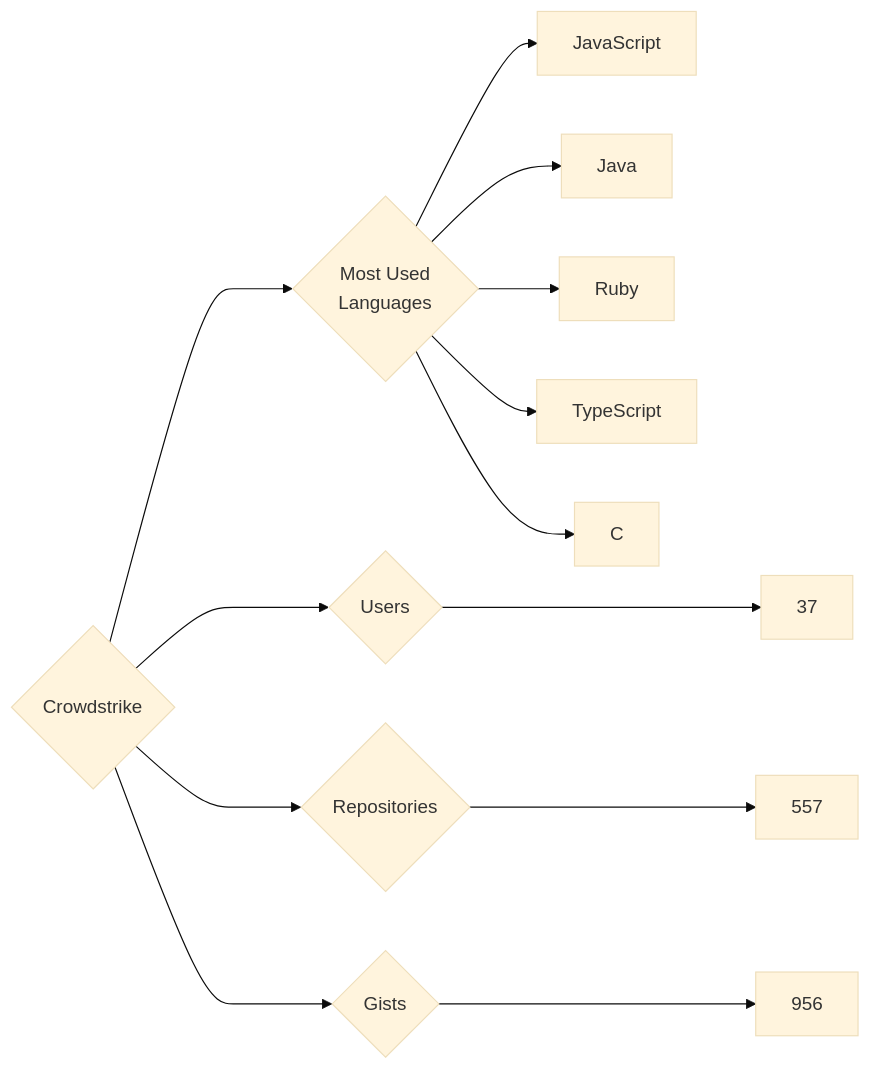
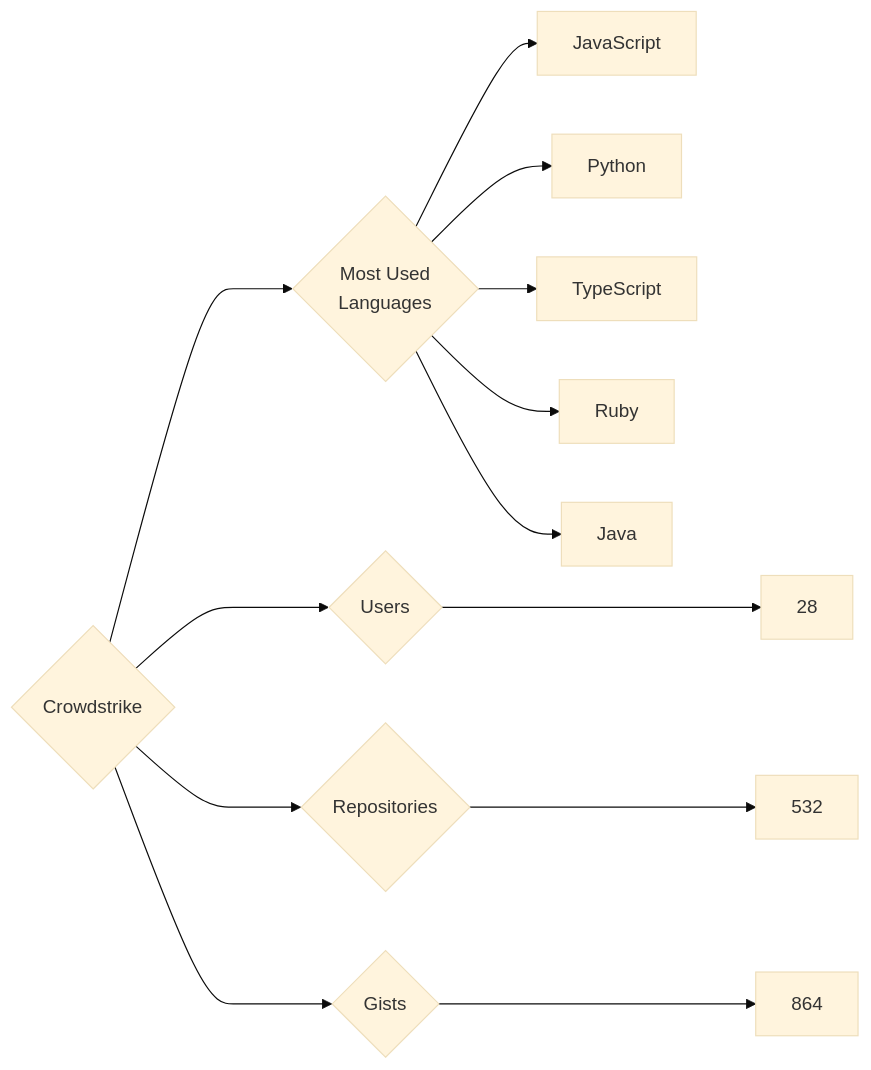
One commit to trickest/insiders changed the diagram in targets/Crowdstrike/README.md. Above: the diagram before and after it, drawn with Mermaid (base theme). The commit also changed 935 other files, not shown here.

````diff
--- a/targets/Crowdstrike/README.md
+++ b/targets/Crowdstrike/README.md
@@ -3,13 +3,13 @@
 ```mermaid
 graph LR
 COMPANY_NAME{Crowdstrike}
-COMPANY_NAME ---> U{Users} ---> UN[37]
-COMPANY_NAME ---> R{Repositories} ---> RN[557]
-COMPANY_NAME ---> G{Gists} ---> GN[956]
+COMPANY_NAME ---> U{Users} ---> UN[28]
+COMPANY_NAME ---> R{Repositories} ---> RN[532]
+COMPANY_NAME ---> G{Gists} ---> GN[864]
 COMPANY_NAME ---> ML{Most Used<br>Languages}
 ML --> JavaScript[JavaScript]
+ML --> Python[Python]
+ML --> TypeScript[TypeScript]
+ML --> Ruby[Ruby]
 ML --> Java[Java]
-ML --> Ruby[Ruby]
-ML --> TypeScript[TypeScript]
-ML --> C[C]
 ```
````
